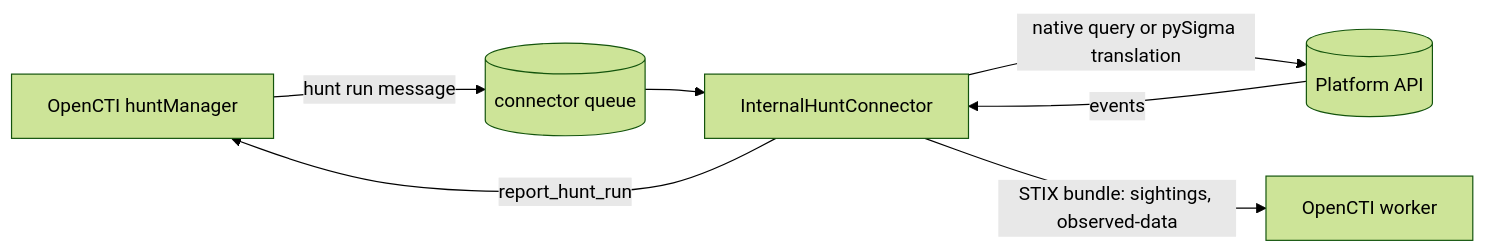
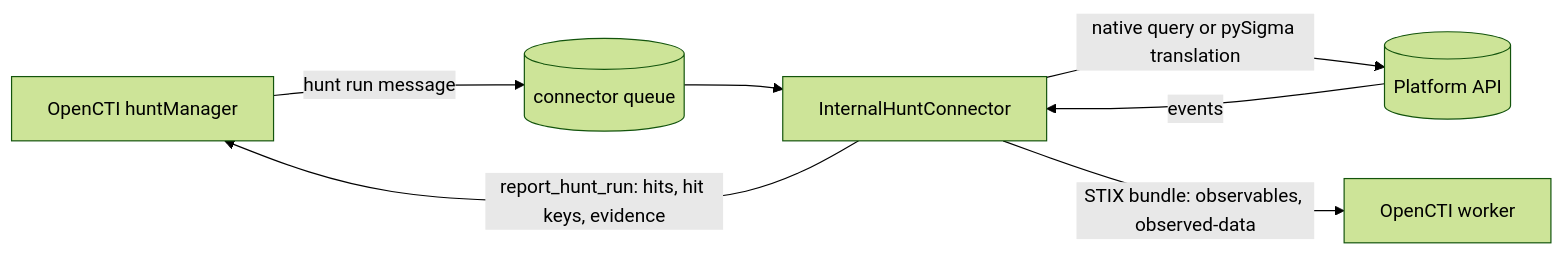
One commit to OpenCTI-Platform/connectors changed the diagram in docs/06-internal-hunt-specifications.md. Above: the diagram before and after it, drawn with Mermaid (forest theme). The commit also changed other lines of this file and 9 other files, not shown here.

````diff
--- a/docs/06-internal-hunt-specifications.md
+++ b/docs/06-internal-hunt-specifications.md
@@ -42,9 +42,9 @@
 ```mermaid
 flowchart LR
   OCTI[OpenCTI huntManager] -->|hunt run message| Q[(connector queue)]
   Q --> C[InternalHuntConnector]
   C -->|native query or pySigma translation| P[(Platform API)]
   P -->|events| C
-  C -->|STIX bundle: sightings, observed-data| W[OpenCTI worker]
-  C -->|report_hunt_run| OCTI
+  C -->|STIX bundle: observables, observed-data| W[OpenCTI worker]
+  C -->|report_hunt_run: hits, hit keys, evidence| OCTI
 ```
````
